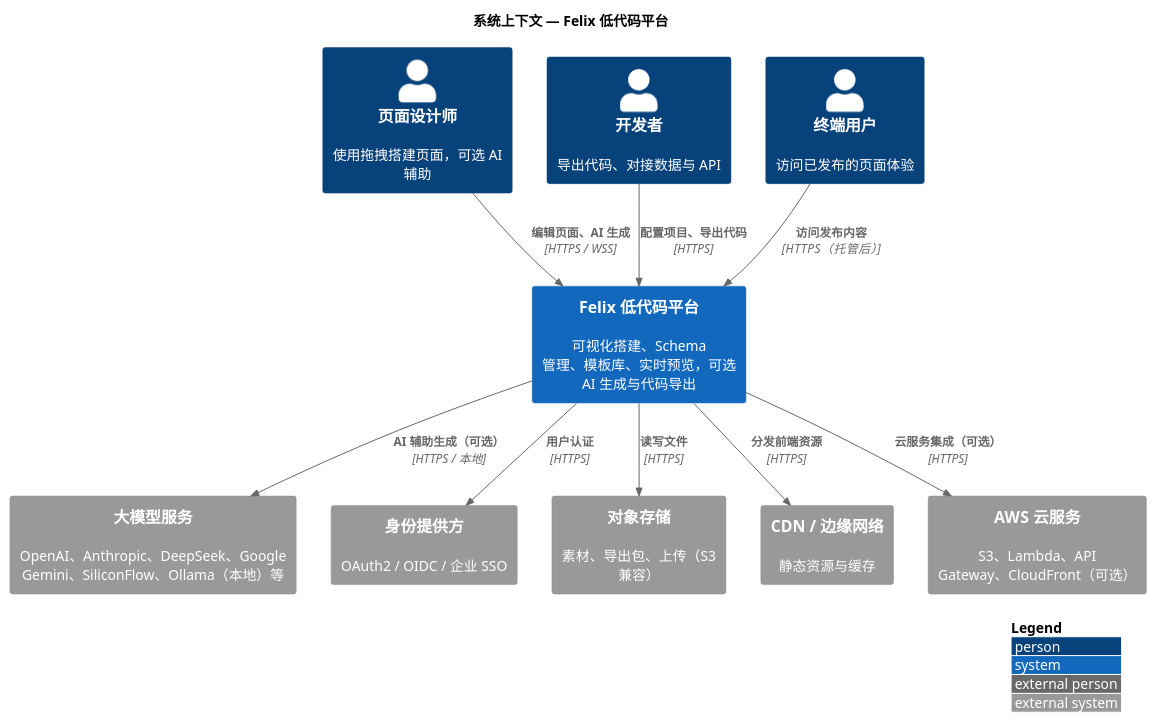
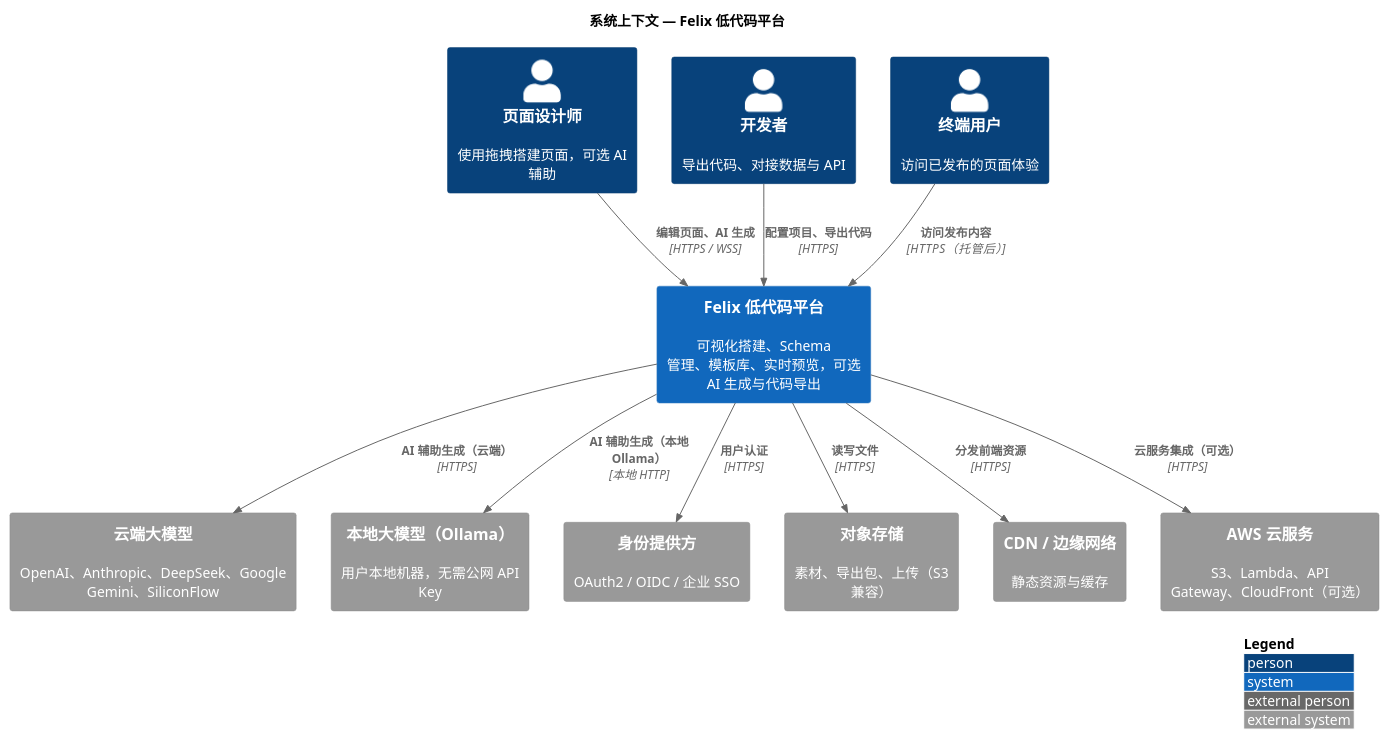
The diagram in docs/zh/architecture/c4/c4-context.puml (felixzhu97/low-code-platform), drawn with PlantUML before and after one commit. The commit also changed 43 other files, not shown here.

First line of the commit message:
refactor: split templates.ts into category files + update architecture docs

```diff
--- a/docs/zh/architecture/c4/c4-context.puml
+++ b/docs/zh/architecture/c4/c4-context.puml
@@ -1,29 +1,31 @@
 @startuml c4-context-felix-zh
 !include https://raw.githubusercontent.com/plantuml-stdlib/C4-PlantUML/master/C4_Context.puml
 
 LAYOUT_WITH_LEGEND()
 
 title 系统上下文 — Felix 低代码平台
 
 Person(designer, "页面设计师", "使用拖拽搭建页面，可选 AI 辅助")
 Person(developer, "开发者", "导出代码、对接数据与 API")
 Person(viewer, "终端用户", "访问已发布的页面体验")
 
 System(felix, "Felix 低代码平台", "可视化搭建、Schema 管理、模板库、实时预览，可选 AI 生成与代码导出")
 
-System_Ext(llm, "大模型服务", "OpenAI、Anthropic、DeepSeek、Google Gemini、SiliconFlow、Ollama（本地）等")
+System_Ext(llm_cloud, "云端大模型", "OpenAI、Anthropic、DeepSeek、Google Gemini、SiliconFlow")
+System_Ext(llm_local, "本地大模型（Ollama）", "用户本地机器，无需公网 API Key")
 System_Ext(auth, "身份提供方", "OAuth2 / OIDC / 企业 SSO")
 System_Ext(storage, "对象存储", "素材、导出包、上传（S3 兼容）")
 System_Ext(cdn, "CDN / 边缘网络", "静态资源与缓存")
 System_Ext(aws, "AWS 云服务", "S3、Lambda、API Gateway、CloudFront（可选）")
 
 Rel(designer, felix, "编辑页面、AI 生成", "HTTPS / WSS")
 Rel(developer, felix, "配置项目、导出代码", "HTTPS")
 Rel(viewer, felix, "访问发布内容", "HTTPS（托管后）")
-Rel(felix, llm, "AI 辅助生成（可选）", "HTTPS / 本地")
+Rel(felix, llm_cloud, "AI 辅助生成（云端）", "HTTPS")
+Rel(felix, llm_local, "AI 辅助生成（本地 Ollama）", "本地 HTTP")
 Rel(felix, auth, "用户认证", "HTTPS")
 Rel(felix, storage, "读写文件", "HTTPS")
 Rel(felix, cdn, "分发前端资源", "HTTPS")
 Rel(felix, aws, "云服务集成（可选）", "HTTPS")
 
 @enduml
```
